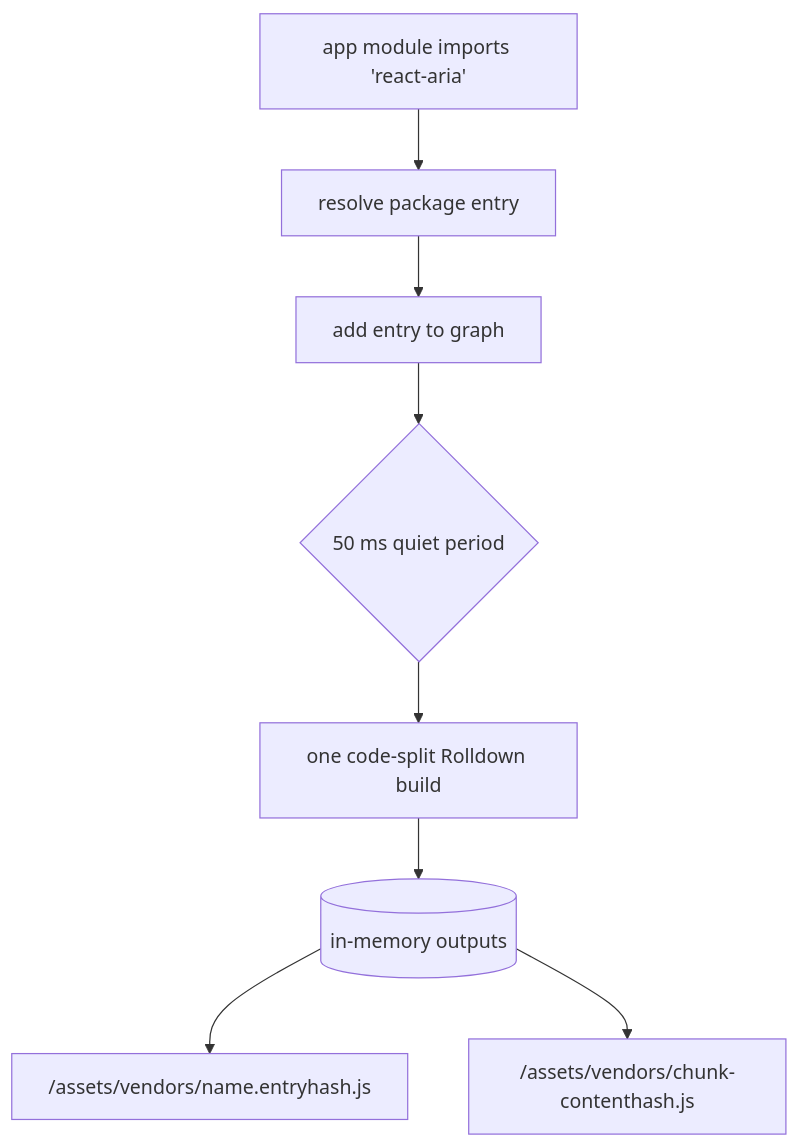
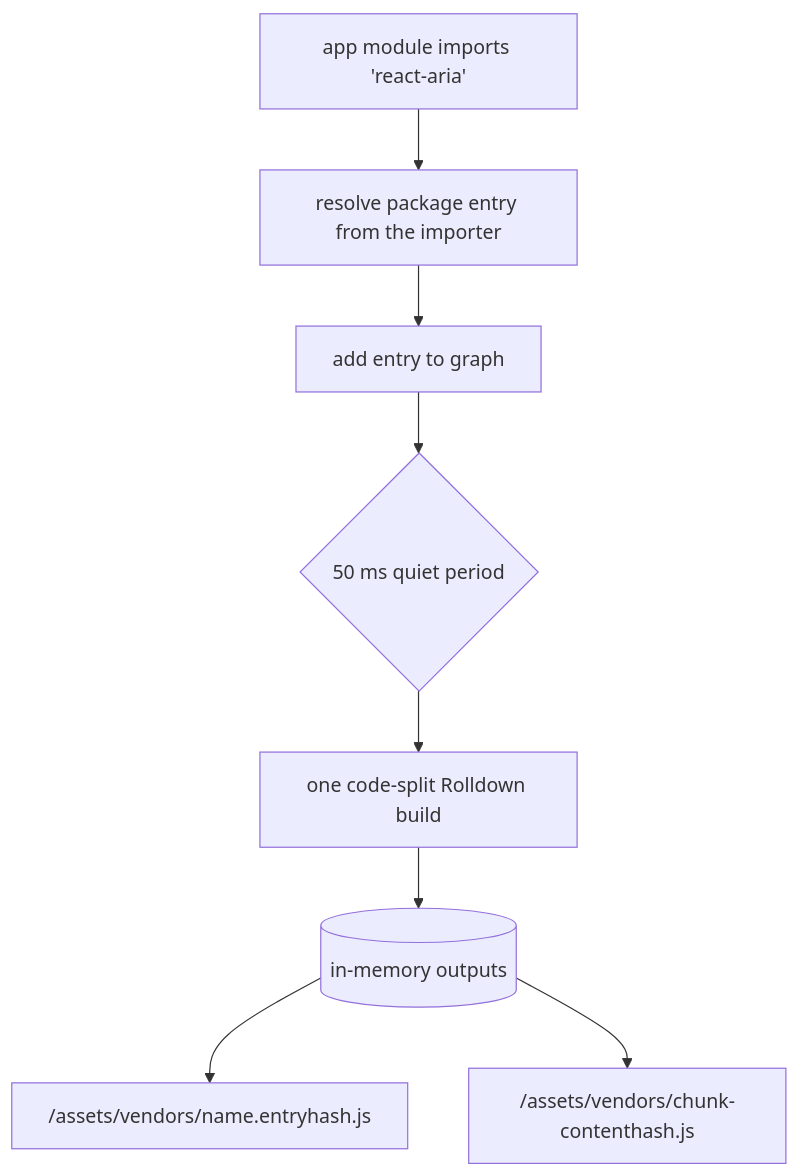
The second of 2 diagrams in apps/docs/src/content/dev/dev-server.mdx (ecopages/ecopages), drawn with Mermaid before and after one commit. The commit also changed other lines of this file and 13 other files, not shown here.

First line of the commit message:
fix(core): resolve dev vendor imports from the importing module

````diff
--- a/apps/docs/src/content/dev/dev-server.mdx
+++ b/apps/docs/src/content/dev/dev-server.mdx
@@ -89,10 +89,10 @@
 ```mermaid
 flowchart TD
-  A["app module imports 'react-aria'"] --> R[resolve package entry]
+  A["app module imports 'react-aria'"] --> R[resolve package entry from the importer]
   R --> E[add entry to graph]
   E --> Q{50 ms quiet period}
   Q --> B[one code-split Rolldown build]
   B --> M[(in-memory outputs)]
   M --> U["/assets/vendors/name.entryhash.js"]
   M --> C["/assets/vendors/chunk-contenthash.js"]
 ```
````
